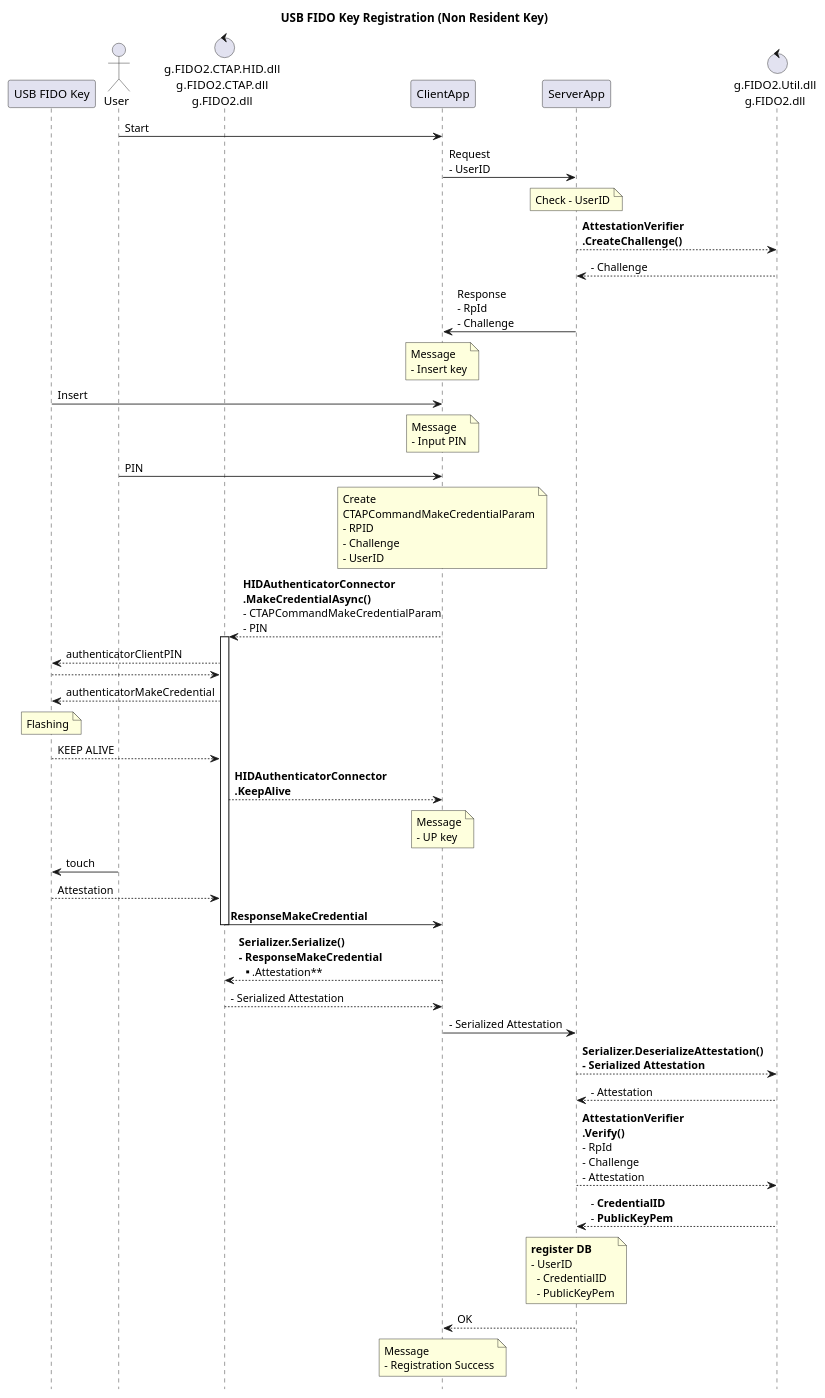
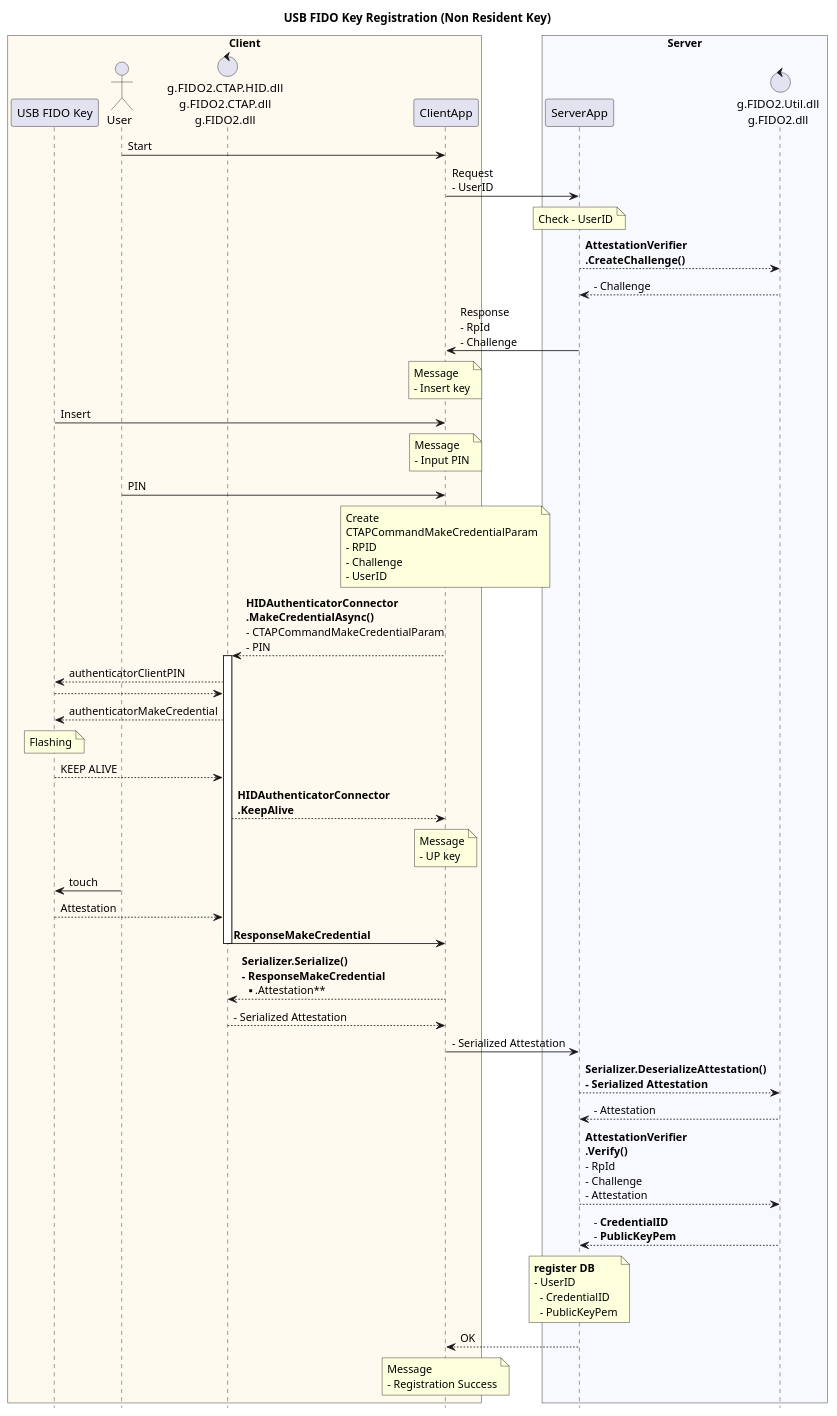
The diagram in pu/USB_FIDO_Key_Registration.pu (gebogebogebo/CTAPcs), drawn with PlantUML before and after one commit. The commit also changed 3 other files, not shown here.

```diff
--- a/pu/USB_FIDO_Key_Registration.pu
+++ b/pu/USB_FIDO_Key_Registration.pu
@@ -1,59 +1,64 @@
 @startuml
 title USB FIDO Key Registration (Non Resident Key)
 hide footbox
 
-participant "USB FIDO Key" as Key
-actor  "User" as User
-control "g.FIDO2.CTAP.HID.dll\ng.FIDO2.CTAP.dll\ng.FIDO2.dll" as CTAPHID
-participant "ClientApp" as Client
-participant "ServerApp" as Server
-control "g.FIDO2.Util.dll\ng.FIDO2.dll" as Util
+box "Client" #FloralWhite
+    participant "USB FIDO Key" as Key
+    actor  "User" as User
+    control "g.FIDO2.CTAP.HID.dll\ng.FIDO2.CTAP.dll\ng.FIDO2.dll" as CTAPHID
+    participant "ClientApp" as Client
+end box
+
+box "Server" #GhostWhite
+    participant "ServerApp" as Server
+    control "g.FIDO2.Util.dll\ng.FIDO2.dll" as Util
+end box
 
 User -> Client : Start
 Client -> Server : Request\n- UserID
 note over Server : Check - UserID
 Server --> Util : **AttestationVerifier**\n**.CreateChallenge()**
 Server <-- Util : - Challenge
 Client <- Server : Response\n- RpId\n- Challenge
 
 note over Client : Message\n- Insert key
 Key -> Client : Insert
 
 note over Client : Message\n- Input PIN
 User -> Client : PIN
 
 note over Client : Create \nCTAPCommandMakeCredentialParam\n- RPID\n- Challenge\n- UserID
 
 CTAPHID <-- Client : **HIDAuthenticatorConnector**\n**.MakeCredentialAsync()**\n- CTAPCommandMakeCredentialParam\n- PIN
 
 activate CTAPHID
     Key <-- CTAPHID : authenticatorClientPIN
     Key --> CTAPHID
     Key <-- CTAPHID : authenticatorMakeCredential
     note over Key : Flashing
     Key --> CTAPHID : KEEP ALIVE
     CTAPHID --> Client : **HIDAuthenticatorConnector**\n**.KeepAlive**
 
     note over Client : Message\n- UP key
 
     Key <- User : touch
     Key --> CTAPHID : Attestation
     CTAPHID -> Client : **ResponseMakeCredential**
 deactivate CTAPHID
 
 CTAPHID <-- Client : **Serializer.Serialize()**\n**- ResponseMakeCredential**\n**  .Attestation**
 CTAPHID --> Client :- Serialized Attestation
 
 Client -> Server :- Serialized Attestation
 
 Server --> Util : **Serializer.DeserializeAttestation()**\n**- Serialized Attestation**
 Server <-- Util : - Attestation
 Server --> Util : **AttestationVerifier**\n**.Verify()**\n- RpId\n- Challenge\n- Attestation
 Server <-- Util : - **CredentialID**\n- **PublicKeyPem**
 
 note over Server : **register DB**\n- UserID\n  - CredentialID\n  - PublicKeyPem
 Client <-- Server : OK
 
 note over Client : Message\n- Registration Success
 
 @enduml
```
